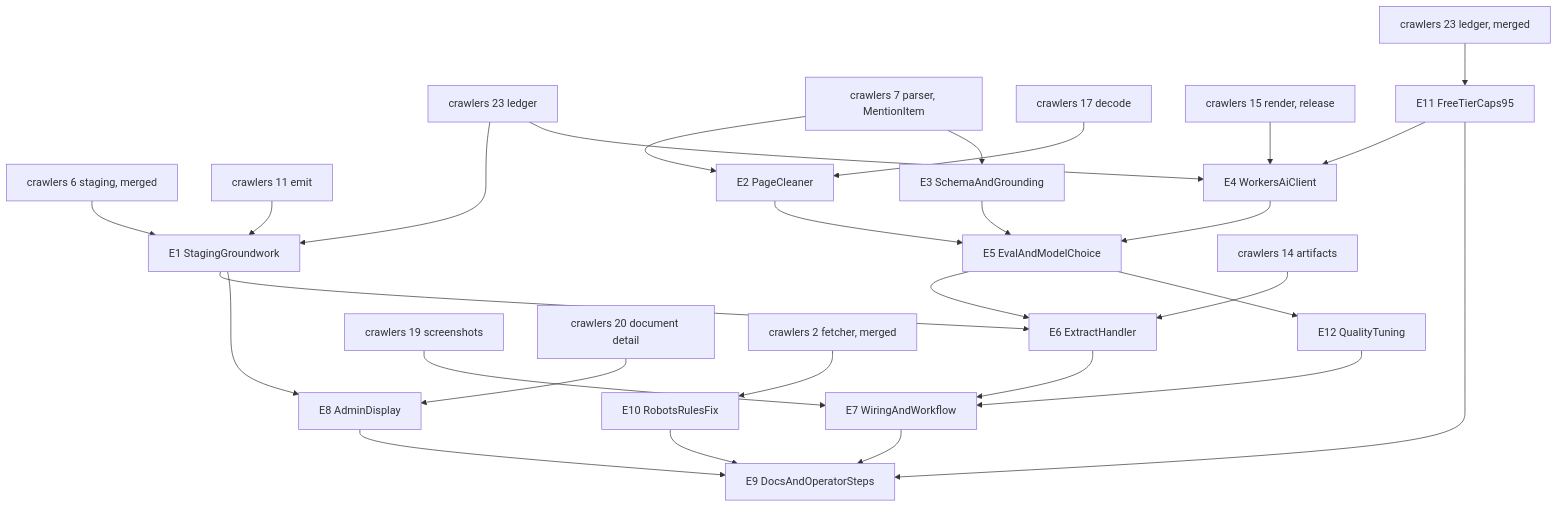
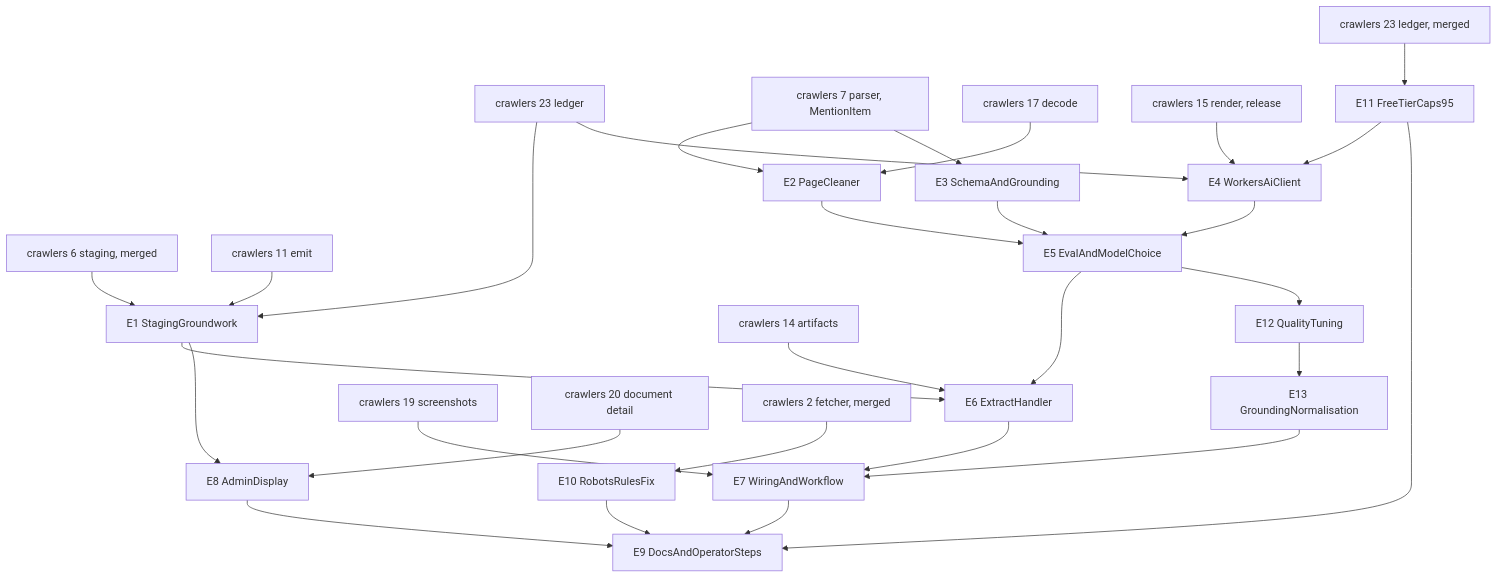
One commit to vadim-schultz/redtape changed the diagram in .plans/extraction/01-rollout.md. Above: the diagram before and after it, drawn with Mermaid. The commit also changed other lines of this file and 2 other files, not shown here.

Commit message:
docs(extraction): record E12 and add chapter E13, grounding normalisation

````diff
--- a/.plans/extraction/01-rollout.md
+++ b/.plans/extraction/01-rollout.md
@@ -32,30 +32,31 @@
 ```mermaid
 flowchart TD
   K6[crawlers 6 staging, merged] --> E1[E1 StagingGroundwork]
   K23[crawlers 23 ledger] --> E1
   K11[crawlers 11 emit] --> E1
   K7[crawlers 7 parser, MentionItem] --> E2[E2 PageCleaner]
   K17[crawlers 17 decode] --> E2
   K7 --> E3[E3 SchemaAndGrounding]
   K15[crawlers 15 render, release] --> E4[E4 WorkersAiClient]
   K23 --> E4
   E2 --> E5[E5 EvalAndModelChoice]
   E3 --> E5
   E4 --> E5
   E1 --> E6[E6 ExtractHandler]
   E5 --> E6
   K14[crawlers 14 artifacts] --> E6
   E6 --> E7[E7 WiringAndWorkflow]
   K19[crawlers 19 screenshots] --> E7
   E1 --> E8[E8 AdminDisplay]
   K20[crawlers 20 document detail] --> E8
   E7 --> E9[E9 DocsAndOperatorSteps]
   E8 --> E9
   K2[crawlers 2 fetcher, merged] --> E10[E10 RobotsRulesFix]
   E10 --> E9
   K23b[crawlers 23 ledger, merged] --> E11[E11 FreeTierCaps95]
   E11 --> E4
   E11 --> E9
   E5 --> E12[E12 QualityTuning]
-  E12 --> E7
+  E12 --> E13[E13 GroundingNormalisation]
+  E13 --> E7
 ```
````
